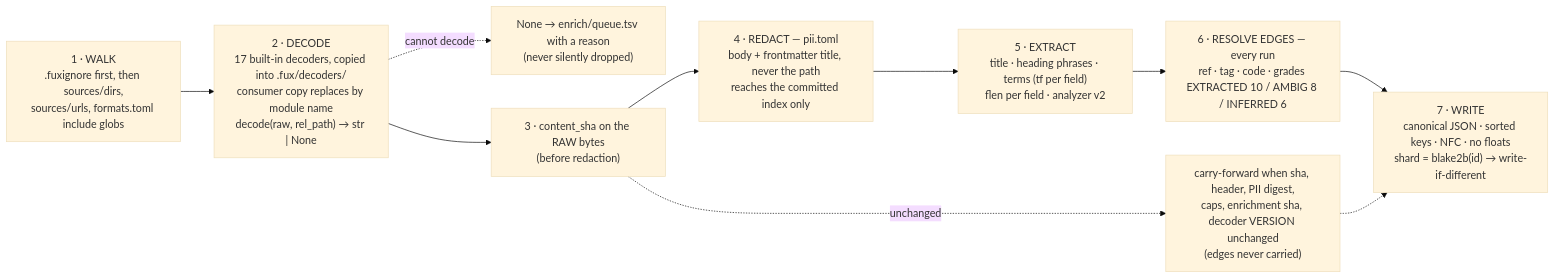
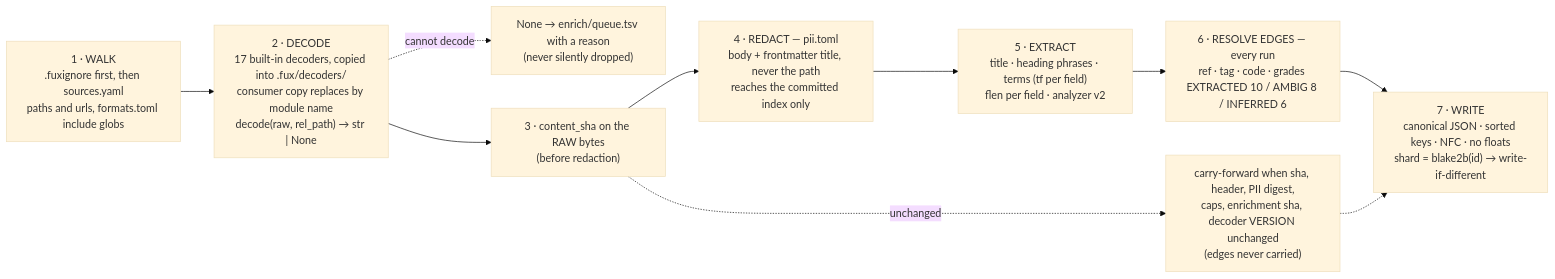
One commit to arpitarya/fux changed the fourth of 18 diagrams in docs/paper/the-fux-index-paper.md. Above: the diagram before and after it, drawn with Mermaid (base theme). The commit also changed other lines of this file and 249 other files, not shown here.

First line of the commit message:
feat(w294): one .fux/sources.yaml; .fuxignore the only exclusion

````diff
--- a/docs/paper/the-fux-index-paper.md
+++ b/docs/paper/the-fux-index-paper.md
@@ -283,15 +283,15 @@
 ```mermaid
 flowchart LR
-  W["1 · WALK<br/>.fuxignore first, then sources/dirs,<br/>sources/urls, formats.toml include globs"]
+  W["1 · WALK<br/>.fuxignore first, then sources.yaml<br/>paths and urls, formats.toml include globs"]
   D["2 · DECODE<br/>17 built-in decoders, copied into .fux/decoders/<br/>consumer copy replaces by module name<br/>decode(raw, rel_path) → str | None"]
   Q["None → enrich/queue.tsv with a reason<br/>(never silently dropped)"]
   H["3 · content_sha on the RAW bytes<br/>(before redaction)"]
   R["4 · REDACT — pii.toml<br/>body + frontmatter title, never the path<br/>reaches the committed index only"]
   X["5 · EXTRACT<br/>title · heading phrases · terms (tf per field)<br/>flen per field · analyzer v2"]
   E["6 · RESOLVE EDGES — every run<br/>ref · tag · code · grades EXTRACTED 10 / AMBIG 8 / INFERRED 6"]
   O["7 · WRITE<br/>canonical JSON · sorted keys · NFC · no floats<br/>shard = blake2b(id) → write-if-different"]
   CF["carry-forward when sha, header, PII digest,<br/>caps, enrichment sha, decoder VERSION unchanged<br/>(edges never carried)"]
   W --> D --> H --> R --> X --> E --> O
   D -. "cannot decode" .-> Q
   H -. "unchanged" .-> CF -.-> O
 ```
````
